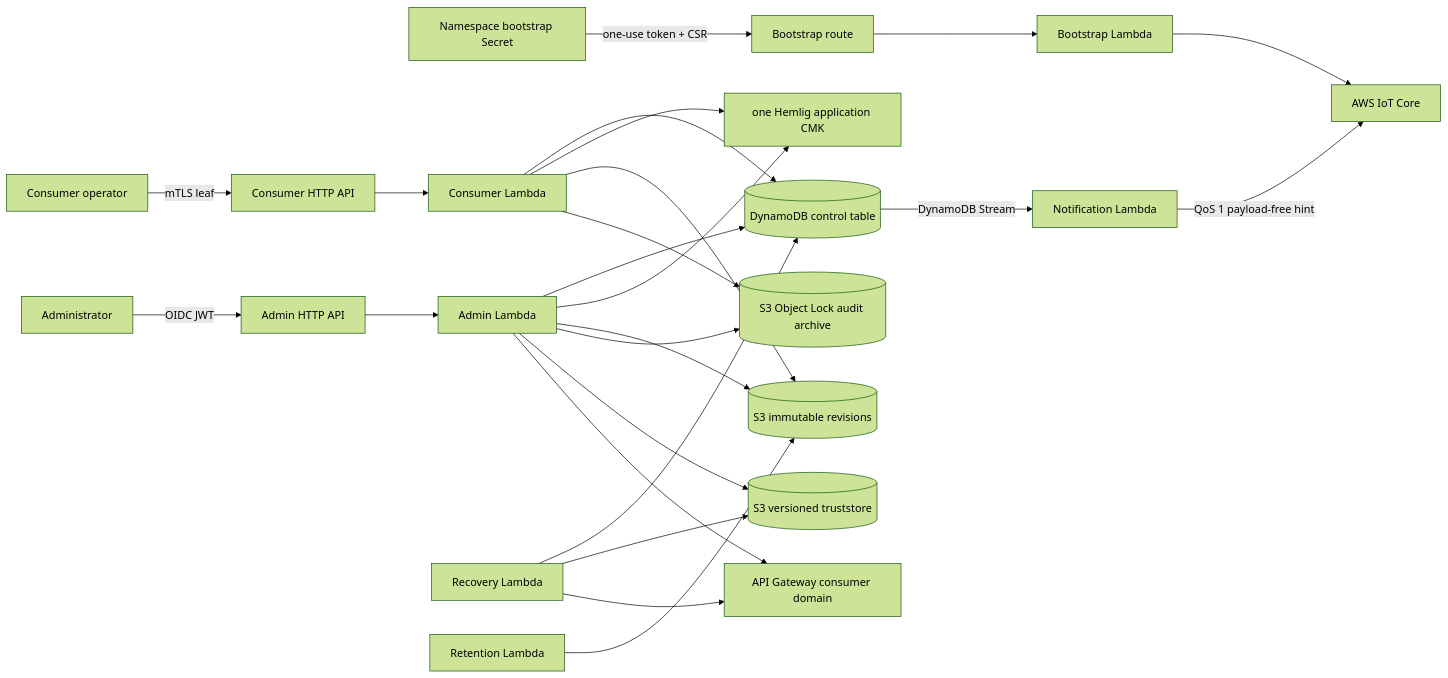
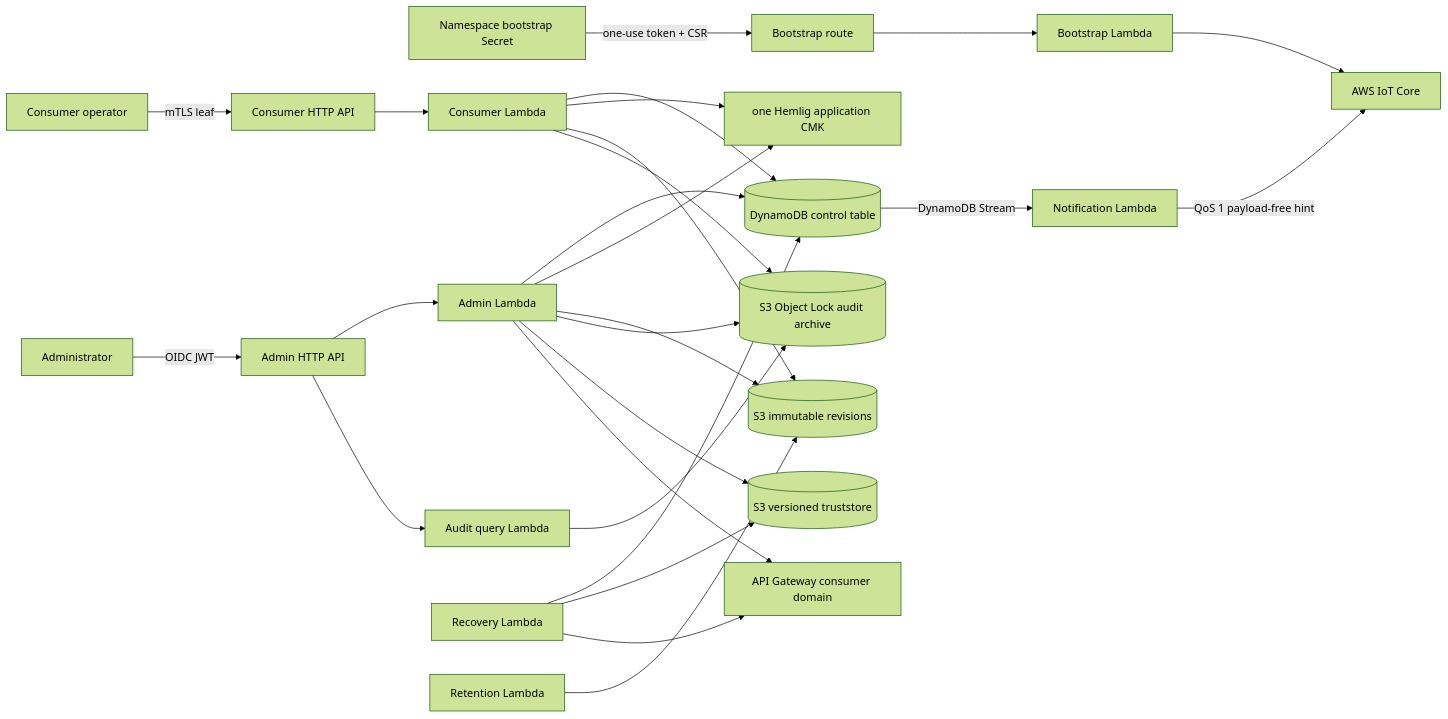
Before and after one commit to zyno-io/hemlig: the diagram in docs/architecture.md, drawn with Mermaid (forest theme). The commit also changed other lines of this file and 28 other files, not shown here.

````diff
--- a/docs/architecture.md
+++ b/docs/architecture.md
@@ -24,26 +24,28 @@
 ```mermaid
 flowchart LR
   administrator[Administrator] -->|OIDC JWT| adminApi[Admin HTTP API]
   bootstrap[Namespace bootstrap Secret] -->|one-use token + CSR| bootstrapApi[Bootstrap route]
   operator[Consumer operator] -->|mTLS leaf| consumerApi[Consumer HTTP API]
   adminApi --> adminLambda[Admin Lambda]
+  adminApi --> auditQueryLambda[Audit query Lambda]
   bootstrapApi --> bootstrapLambda[Bootstrap Lambda]
   consumerApi --> consumerLambda[Consumer Lambda]
   adminLambda --> table[(DynamoDB control table)]
   consumerLambda --> table
   adminLambda --> kms[one Hemlig application CMK]
   consumerLambda --> kms
   adminLambda --> revisions[(S3 immutable revisions)]
   consumerLambda --> revisions
   adminLambda --> audit[(S3 Object Lock audit archive)]
+  auditQueryLambda --> audit
   consumerLambda --> audit
   bootstrapLambda --> iot[AWS IoT Core]
   table -->|DynamoDB Stream| notificationLambda[Notification Lambda]
   notificationLambda -->|QoS 1 payload-free hint| iot
   recovery[Recovery Lambda] --> table
   adminLambda --> truststore[(S3 versioned truststore)]
   recovery --> truststore
   adminLambda --> domain[API Gateway consumer domain]
   recovery --> domain
   retention[Retention Lambda] --> revisions
 ```
````
